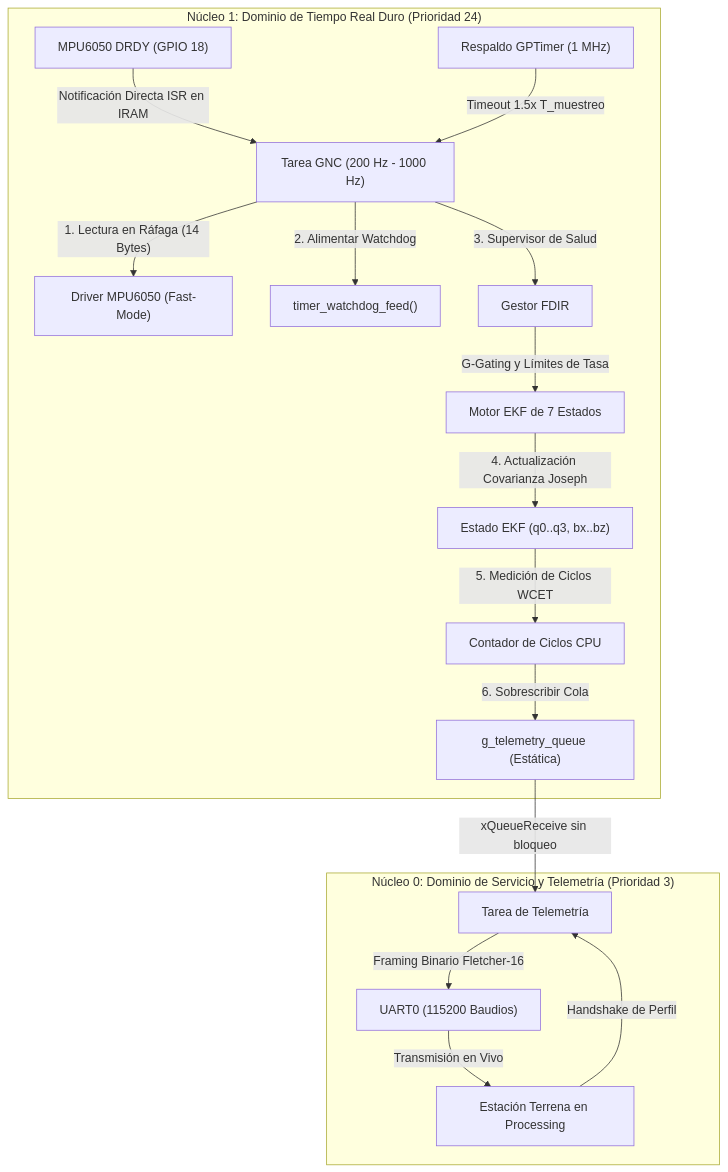
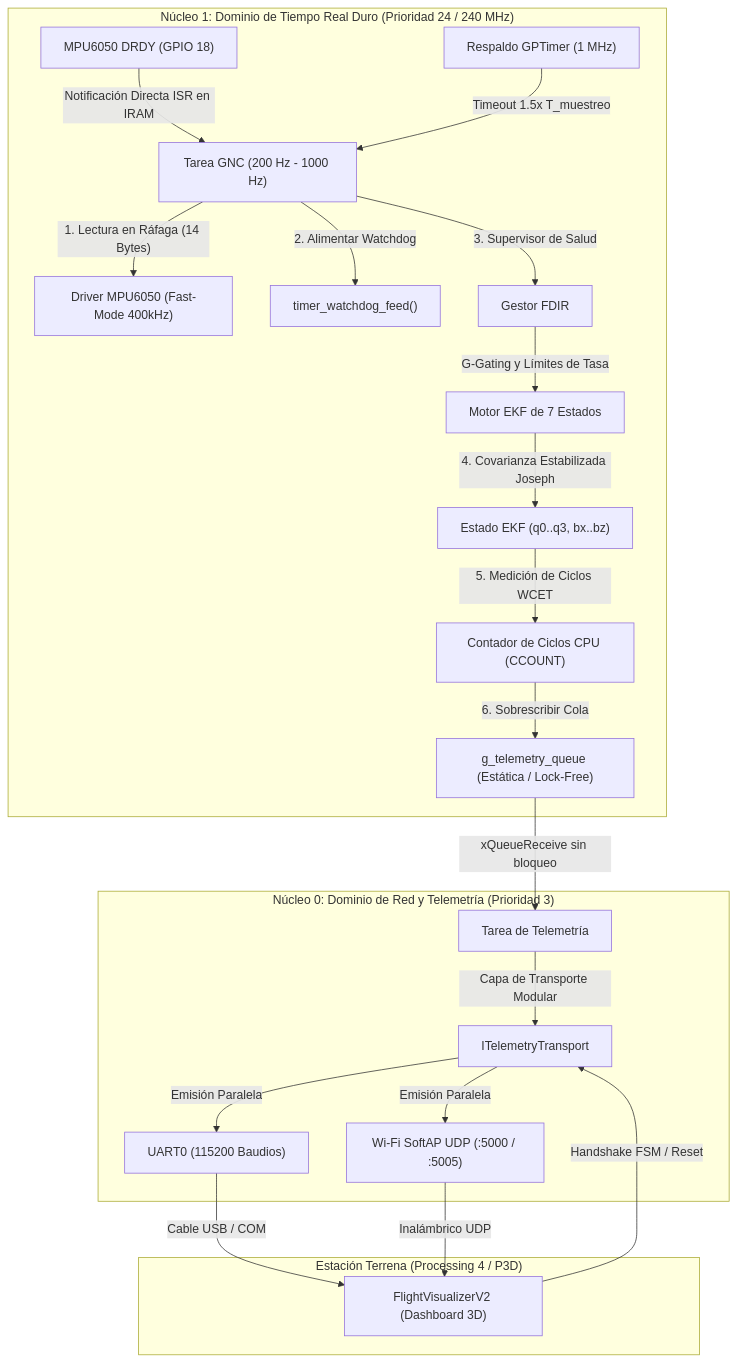
Before and after one commit to alejandromarquesrisso99-arch/esp32_flight_estimator: the diagram in README.md, drawn with Mermaid. The commit also changed other lines of this file, not shown here.

Commit message:
docs: actualizar README con arquitectura modular, telemetria dual Wi-Fi UDP y guia de operacion

````diff
--- a/README.md
+++ b/README.md
@@ -14,21 +15,27 @@
 ```mermaid
 flowchart TD
-    subgraph Core_1 ["Núcleo 1: Dominio de Tiempo Real Duro (Prioridad 24)"]
+    subgraph Core_1 ["Núcleo 1: Dominio de Tiempo Real Duro (Prioridad 24 / 240 MHz)"]
         DRDY["MPU6050 DRDY (GPIO 18)"] -->|"Notificación Directa ISR en IRAM"| GNC_Task["Tarea GNC (200 Hz - 1000 Hz)"]
         GPTimer["Respaldo GPTimer (1 MHz)"] -->|"Timeout 1.5x T_muestreo"| GNC_Task
-        GNC_Task -->|"1. Lectura en Ráfaga (14 Bytes)"| MPU["Driver MPU6050 (Fast-Mode)"]
+        GNC_Task -->|"1. Lectura en Ráfaga (14 Bytes)"| MPU["Driver MPU6050 (Fast-Mode 400kHz)"]
         GNC_Task -->|"2. Alimentar Watchdog"| Feed["timer_watchdog_feed()"]
         GNC_Task -->|"3. Supervisor de Salud"| FDIR["Gestor FDIR"]
         FDIR -->|"G-Gating y Límites de Tasa"| EKF_7D["Motor EKF de 7 Estados"]
-        EKF_7D -->|"4. Actualización Covarianza Joseph"| EKF_State["Estado EKF (q0..q3, bx..bz)"]
-        EKF_State -->|"5. Medición de Ciclos WCET"| WCET["Contador de Ciclos CPU"]
-        WCET -->|"6. Sobrescribir Cola"| StaticQueue["g_telemetry_queue (Estática)"]
+        EKF_7D -->|"4. Covarianza Estabilizada Joseph"| EKF_State["Estado EKF (q0..q3, bx..bz)"]
+        EKF_State -->|"5. Medición de Ciclos WCET"| WCET["Contador de Ciclos CPU (CCOUNT)"]
+        WCET -->|"6. Sobrescribir Cola"| StaticQueue["g_telemetry_queue (Estática / Lock-Free)"]
     end
 
-    subgraph Core_0 ["Núcleo 0: Dominio de Servicio y Telemetría (Prioridad 3)"]
+    subgraph Core_0 ["Núcleo 0: Dominio de Red y Telemetría (Prioridad 3)"]
         StaticQueue -->|"xQueueReceive sin bloqueo"| TelemTask["Tarea de Telemetría"]
-        TelemTask -->|"Framing Binario Fletcher-16"| UART["UART0 (115200 Baudios)"]
-        UART -->|"Transmisión en Vivo"| GroundStation["Estación Terrena en Processing"]
-        GroundStation -->|"Handshake de Perfil"| TelemTask
+        TelemTask -->|"Capa de Transporte Modular"| TransportLayer["ITelemetryTransport"]
+        TransportLayer -->|"Emisión Paralela"| UART["UART0 (115200 Baudios)"]
+        TransportLayer -->|"Emisión Paralela"| WIFI["Wi-Fi SoftAP UDP (:5000 / :5005)"]
+    end
+
+    subgraph GroundStation ["Estación Terrena (Processing 4 / P3D)"]
+        UART -->|"Cable USB / COM"| GS_App["FlightVisualizerV2 (Dashboard 3D)"]
+        WIFI -->|"Inalámbrico UDP"| GS_App
+        GS_App -->|"Handshake FSM / Reset"| TransportLayer
     end
 ```
````
